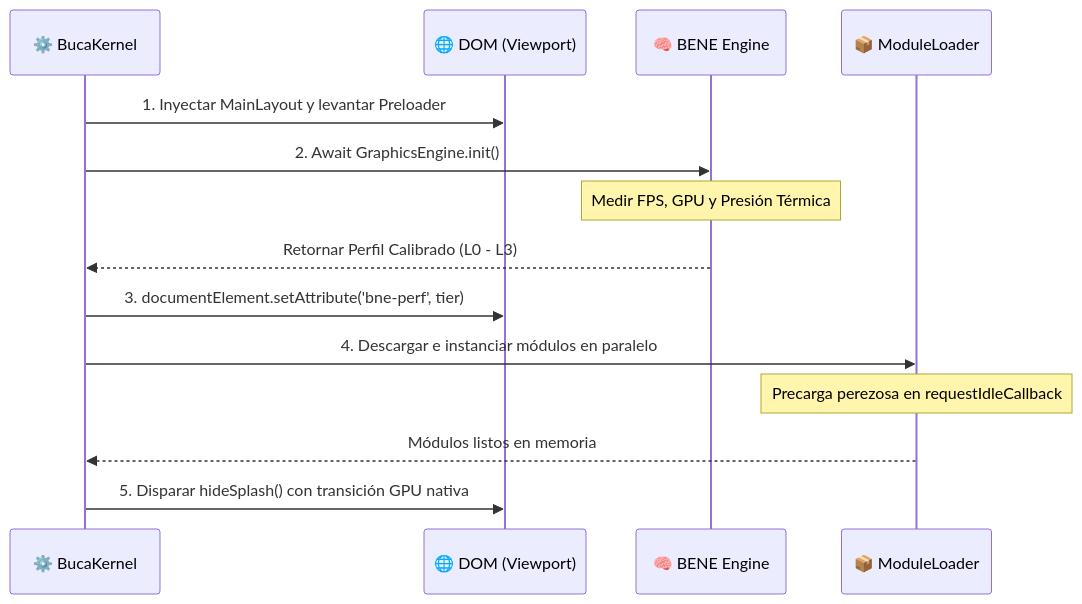
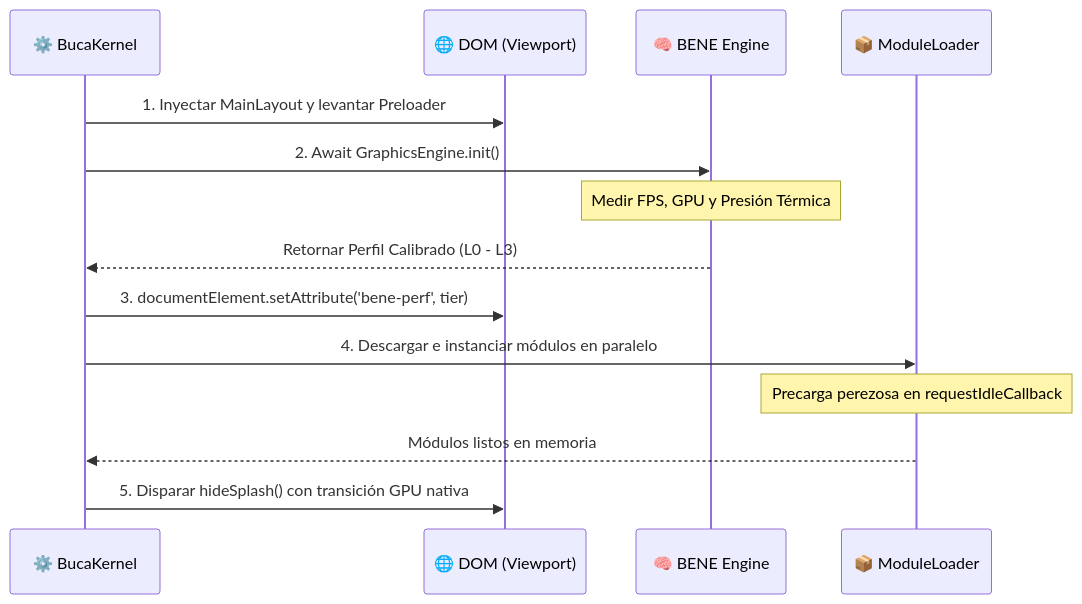
The diagram in docs/bene/6.0.0/kernel-integration-css.md (clepces/buca-ai), drawn with Mermaid before and after one commit. The commit also changed other lines of this file and 31 other files, not shown here.

````diff
--- a/docs/bene/6.0.0/kernel-integration-css.md
+++ b/docs/bene/6.0.0/kernel-integration-css.md
@@ -16,17 +16,17 @@
 ```mermaid
 sequenceDiagram
     participant Kernel as ⚙️ BucaKernel
     participant DOM as 🌐 DOM (Viewport)
     participant BENE as 🧠 BENE Engine
     participant Loader as 📦 ModuleLoader
 
     Kernel->>DOM: 1. Inyectar MainLayout y levantar Preloader
     Kernel->>BENE: 2. Await GraphicsEngine.init()
     Note over BENE: Medir FPS, GPU y Presión Térmica
     BENE-->>Kernel: Retornar Perfil Calibrado (L0 - L3)
-    Kernel->>DOM: 3. documentElement.setAttribute('bne-perf', tier)
+    Kernel->>DOM: 3. documentElement.setAttribute('bene-perf', tier)
     Kernel->>Loader: 4. Descargar e instanciar módulos en paralelo
     Note over Loader: Precarga perezosa en requestIdleCallback
     Loader-->>Kernel: Módulos listos en memoria
     Kernel->>DOM: 5. Disparar hideSplash() con transición GPU nativa
 ```
````
